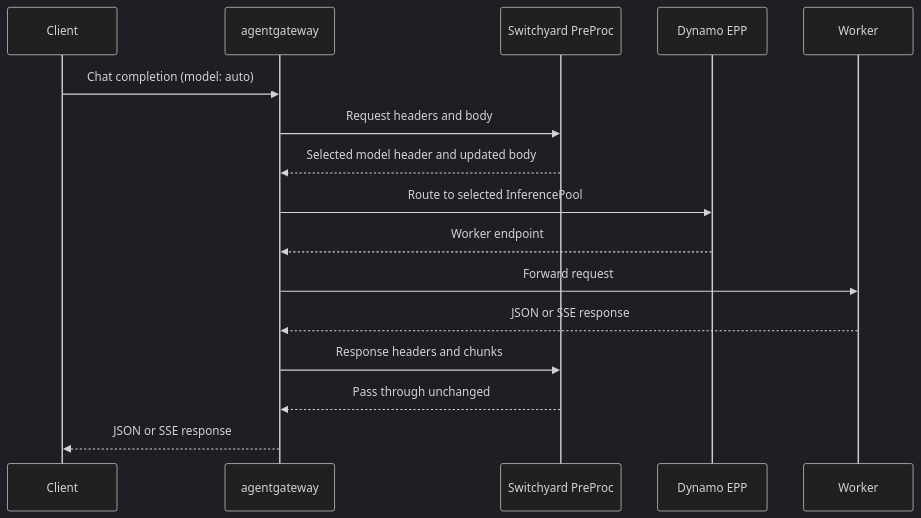
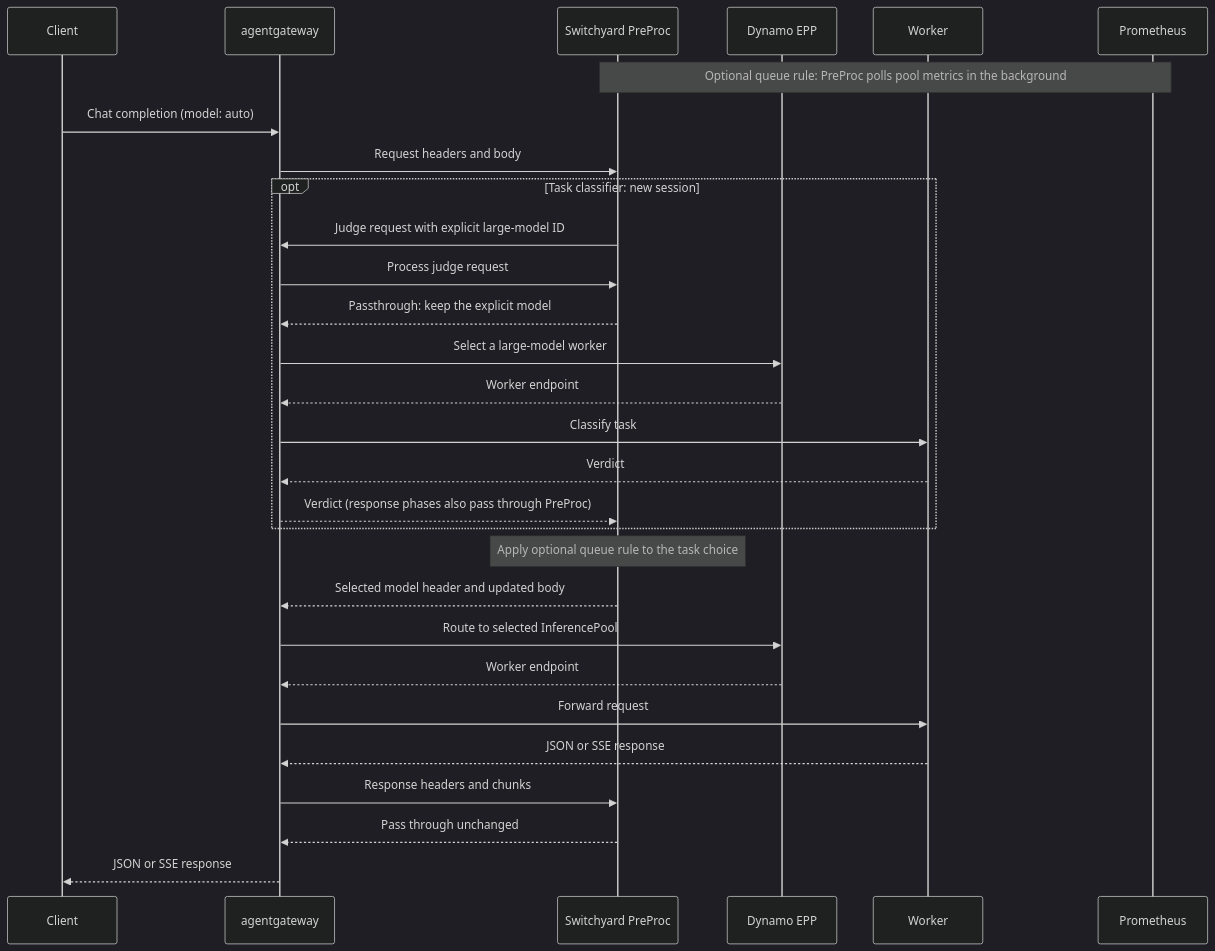
Before and after one commit to NVIDIA-NeMo/Switchyard: the diagram in examples/dynamo-preproc/README.md, drawn with Mermaid (dark theme). The commit also changed other lines of this file and 8 other files, not shown here.

Commit message:
fix(preproc): preserve classifier capacity and single-process updates

````diff
--- a/examples/dynamo-preproc/README.md
+++ b/examples/dynamo-preproc/README.md
@@ -12,18 +16,31 @@
 ```mermaid
 sequenceDiagram
     participant Client
     participant Gateway as agentgateway
     participant Proc as Switchyard PreProc
     participant EPP as Dynamo EPP
     participant Worker
+    participant Prom as Prometheus
+    Note over Proc,Prom: Optional queue rule: PreProc polls pool metrics in the background
     Client->>Gateway: Chat completion (model: auto)
     Gateway->>Proc: Request headers and body
+    opt Task classifier: new session
+        Proc->>Gateway: Judge request with explicit large-model ID
+        Gateway->>Proc: Process judge request
+        Proc-->>Gateway: Passthrough: keep the explicit model
+        Gateway->>EPP: Select a large-model worker
+        EPP-->>Gateway: Worker endpoint
+        Gateway->>Worker: Classify task
+        Worker-->>Gateway: Verdict
+        Gateway-->>Proc: Verdict (response phases also pass through PreProc)
+    end
+    Note over Proc: Apply optional queue rule to the task choice
     Proc-->>Gateway: Selected model header and updated body
     Gateway->>EPP: Route to selected InferencePool
     EPP-->>Gateway: Worker endpoint
     Gateway->>Worker: Forward request
     Worker-->>Gateway: JSON or SSE response
     Gateway->>Proc: Response headers and chunks
     Proc-->>Gateway: Pass through unchanged
     Gateway-->>Client: JSON or SSE response
 ```
````
